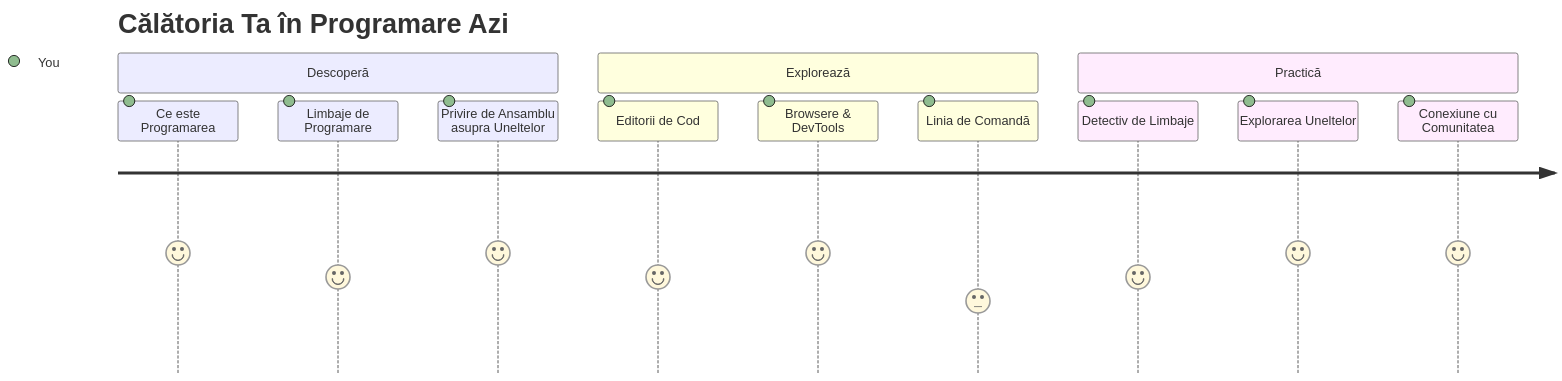
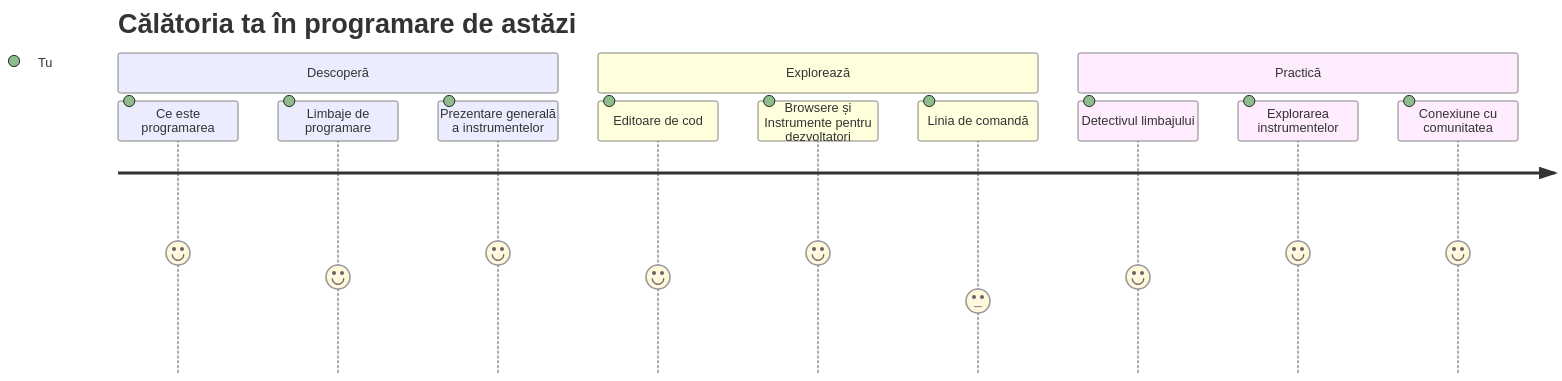
The first of 7 diagrams in translations/ro/1-getting-started-lessons/1-intro-to-programming-languages/README.md (microsoft/Web-Dev-For-Beginners), drawn with Mermaid before and after one commit. The commit also changed other lines of this file and 8 other files, not shown here.

````diff
--- a/translations/ro/1-getting-started-lessons/1-intro-to-programming-languages/README.md
+++ b/translations/ro/1-getting-started-lessons/1-intro-to-programming-languages/README.md
@@ -14,16 +14,16 @@
 ```mermaid
 journey
-    title Călătoria Ta în Programare Azi
+    title Călătoria ta în programare de astăzi
     section Descoperă
-      Ce este Programarea: 5: You
-      Limbaje de Programare: 4: You
-      Privire de Ansamblu asupra Uneltelor: 5: You
+      Ce este programarea: 5: Tu
+      Limbaje de programare: 4: Tu
+      Prezentare generală a instrumentelor: 5: Tu
     section Explorează
-      Editorii de Cod: 4: You
-      Browsere & DevTools: 5: You
-      Linia de Comandă: 3: You
+      Editoare de cod: 4: Tu
+      Browsere și Instrumente pentru dezvoltatori: 5: Tu
+      Linia de comandă: 3: Tu
     section Practică
-      Detectiv de Limbaje: 4: You
-      Explorarea Uneltelor: 5: You
-      Conexiune cu Comunitatea: 5: You
+      Detectivul limbajului: 4: Tu
+      Explorarea instrumentelor: 5: Tu
+      Conexiune cu comunitatea: 5: Tu
 ```
````
